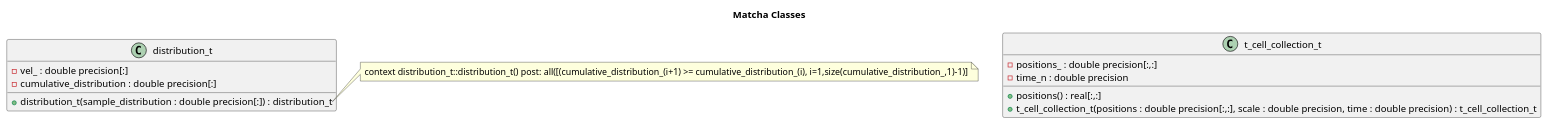
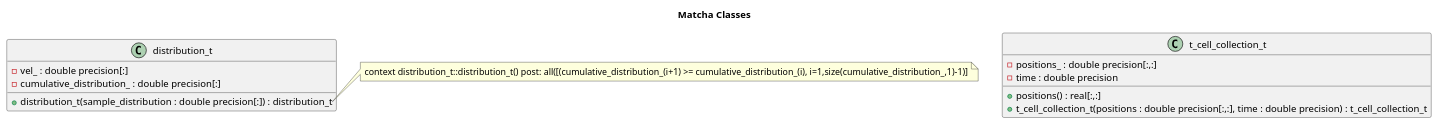
One commit to BerkeleyLab/matcha changed the diagram in doc/class-diagram.puml. Above: the diagram before and after it, drawn with PlantUML. The commit also changed 12 other files, not shown here.

```diff
--- a/doc/class-diagram.puml
+++ b/doc/class-diagram.puml
@@ -1,21 +1,21 @@
 @startuml
 
 Title "Matcha Classes"
 
 class t_cell_collection_t{
   - positions_ : double precision[:,:]
-  - time_n : double precision
+  - time : double precision
   + positions() : real[:,:]
-  + t_cell_collection_t(positions : double precision[:,:], scale : double precision, time : double precision) : t_cell_collection_t
+  + t_cell_collection_t(positions : double precision[:,:], time : double precision) : t_cell_collection_t
 }
 
 class distribution_t{
   - vel_ : double precision[:]
-  - cumulative_distribution : double precision[:]
+  - cumulative_distribution_ : double precision[:]
   + distribution_t(sample_distribution : double precision[:]) : distribution_t
 }
 note right of distribution_t::distribution_t
   context distribution_t::distribution_t() post: all([(cumulative_distribution_(i+1) >= cumulative_distribution_(i), i=1,size(cumulative_distribution_,1)-1)]
 end note
 
 @enduml
```
